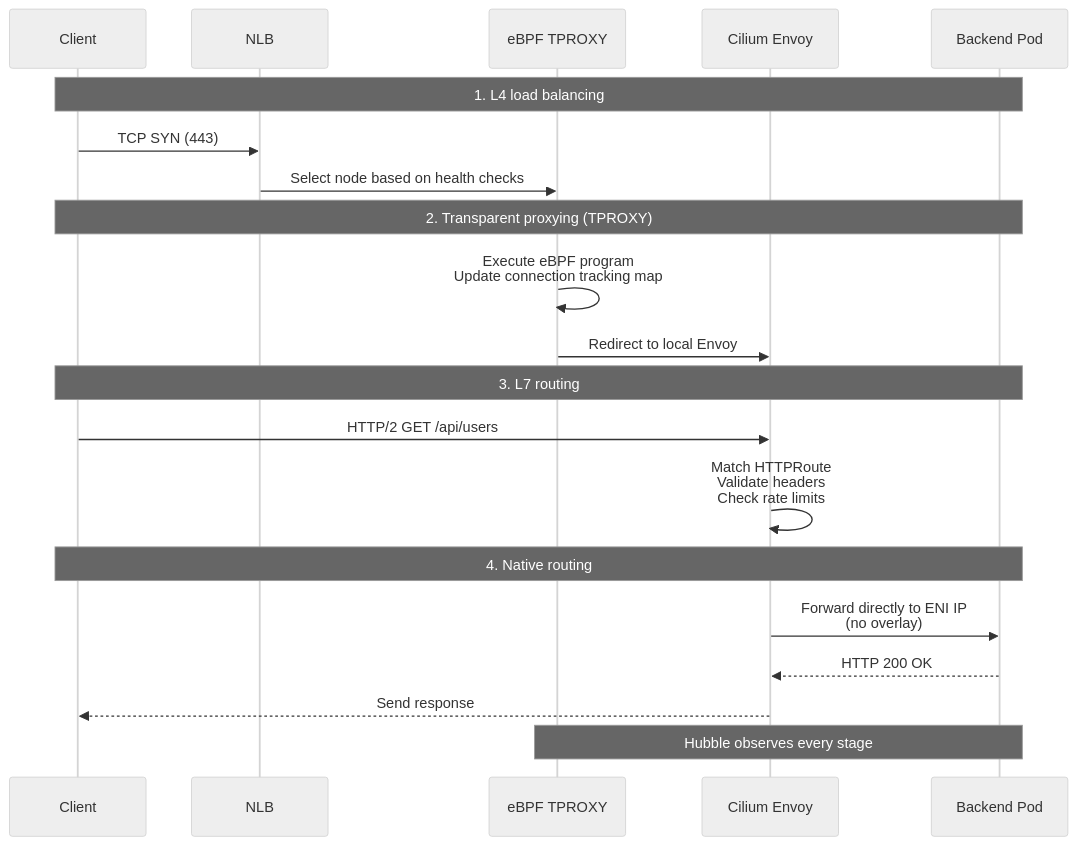
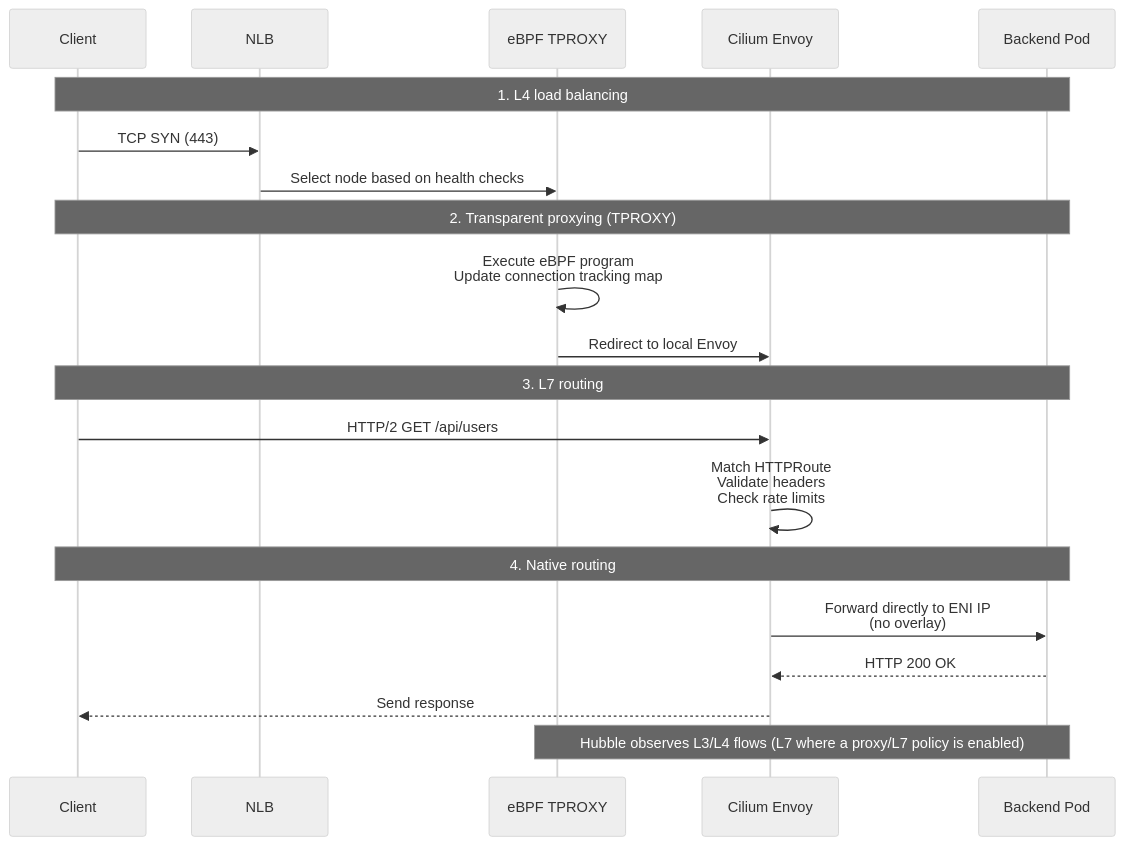
The third of 6 diagrams in docs/eks-best-practices/networking-performance/gateway-api-adoption-guide/cilium-eni-gateway-api.md (devfloor9/engineering-playbook), drawn with Mermaid (neutral theme) before and after one commit. The commit also changed other lines of this file and 7 other files, not shown here.

````diff
--- a/docs/eks-best-practices/networking-performance/gateway-api-adoption-guide/cilium-eni-gateway-api.md
+++ b/docs/eks-best-practices/networking-performance/gateway-api-adoption-guide/cilium-eni-gateway-api.md
@@ -191,27 +192,27 @@
 ```mermaid
 sequenceDiagram
     participant C as Client
     participant NLB as NLB
     participant TPROXY as eBPF TPROXY
     participant ENVOY as Cilium Envoy
     participant POD as Backend Pod
 
     Note over C,POD: 1. L4 load balancing
     C->>NLB: TCP SYN (443)
     NLB->>TPROXY: Select node based on health checks
 
     Note over C,POD: 2. Transparent proxying (TPROXY)
     TPROXY->>TPROXY: Execute eBPF program<br/>Update connection tracking map
     TPROXY->>ENVOY: Redirect to local Envoy
 
     Note over C,POD: 3. L7 routing
     C->>ENVOY: HTTP/2 GET /api/users
     ENVOY->>ENVOY: Match HTTPRoute<br/>Validate headers<br/>Check rate limits
 
     Note over C,POD: 4. Native routing
     ENVOY->>POD: Forward directly to ENI IP<br/>(no overlay)
     POD-->>ENVOY: HTTP 200 OK
     ENVOY-->>C: Send response
 
-    Note over TPROXY,POD: Hubble observes every stage
+    Note over TPROXY,POD: Hubble observes L3/L4 flows (L7 where a proxy/L7 policy is enabled)
 ```
````
